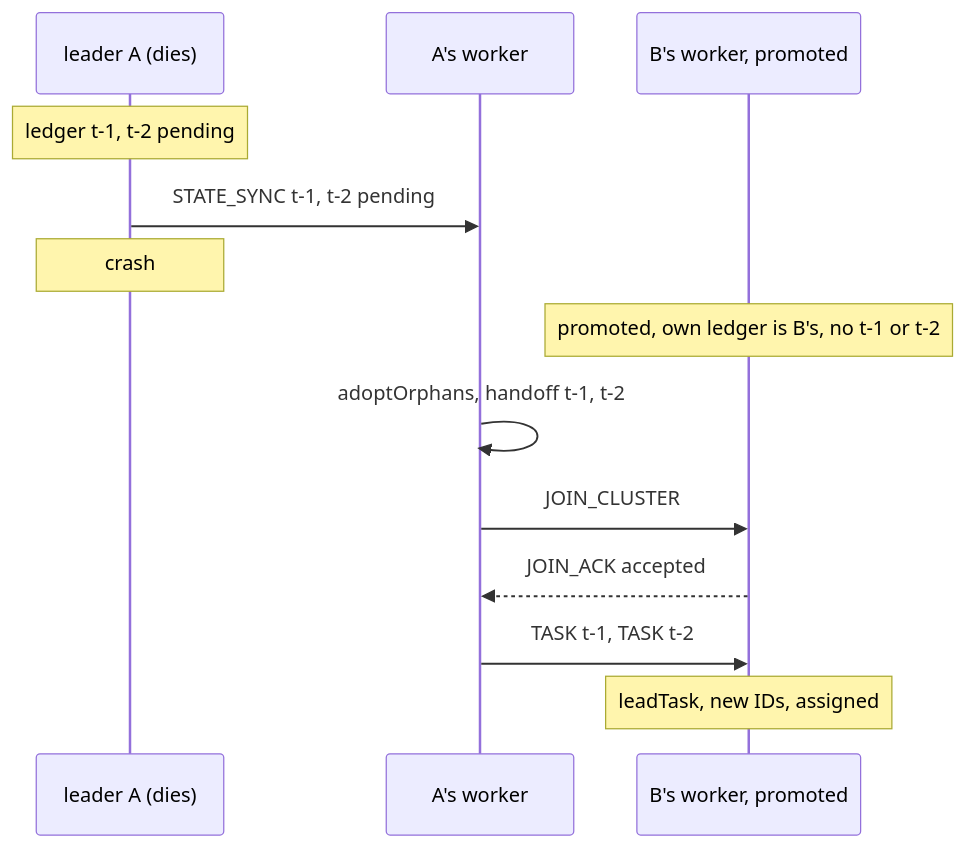
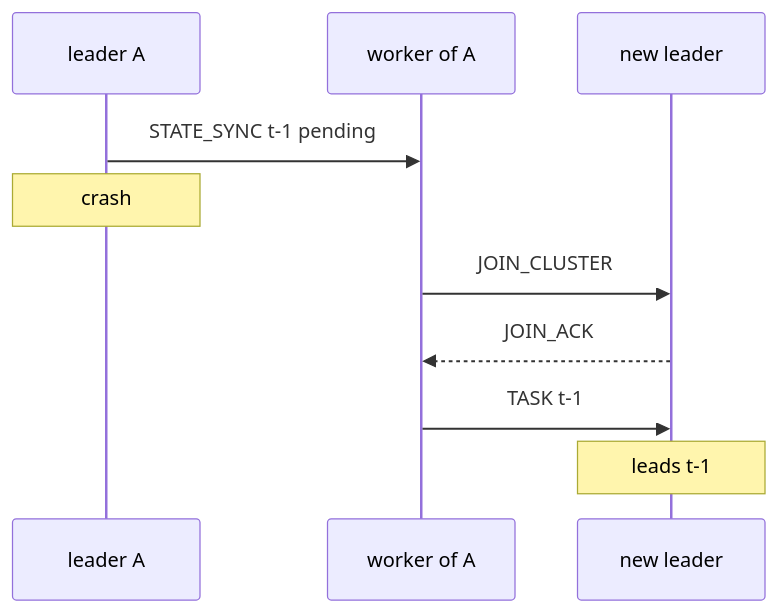
Before and after one commit to Aditya-Jyoti/swarm-communication: the fifth of 5 diagrams in docs/architecture/replication-and-tasks.md, drawn with Mermaid. The commit also changed other lines of this file, not shown here.

Commit message:
docs(architecture): simplify replication and tasks

````diff
--- a/docs/architecture/replication-and-tasks.md
+++ b/docs/architecture/replication-and-tasks.md
@@ -209,15 +102,12 @@
 ```mermaid
 sequenceDiagram
-    participant A as leader A (dies)
-    participant WA as A's worker
-    participant P as B's worker, promoted
-    Note over A: ledger t-1, t-2 pending
-    A->>WA: STATE_SYNC t-1, t-2 pending
+    participant A as leader A
+    participant WA as worker of A
+    participant P as new leader
+    A->>WA: STATE_SYNC t-1 pending
     Note over A: crash
-    Note over P: promoted, own ledger is B's, no t-1 or t-2
-    WA->>WA: adoptOrphans, handoff t-1, t-2
     WA->>P: JOIN_CLUSTER
-    P-->>WA: JOIN_ACK accepted
-    WA->>P: TASK t-1, TASK t-2
-    Note over P: leadTask, new IDs, assigned
+    P-->>WA: JOIN_ACK
+    WA->>P: TASK t-1
+    Note over P: leads t-1
 ```
````
